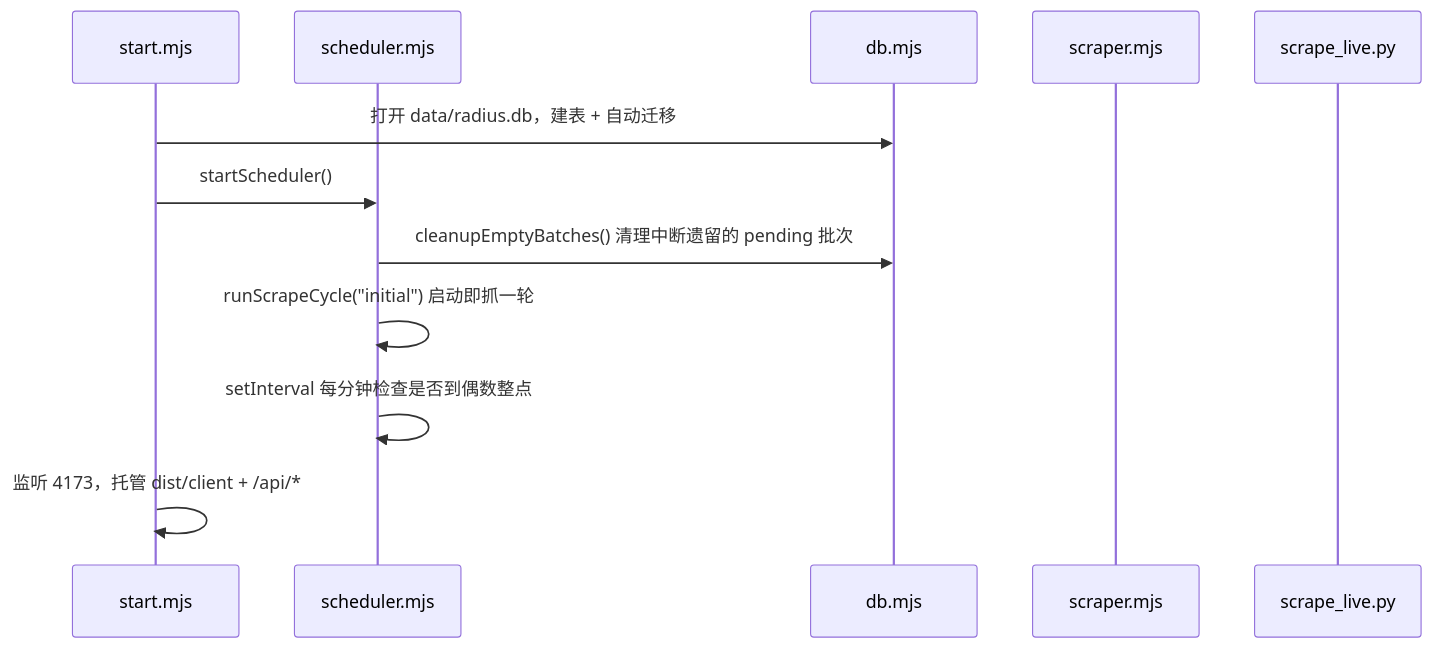
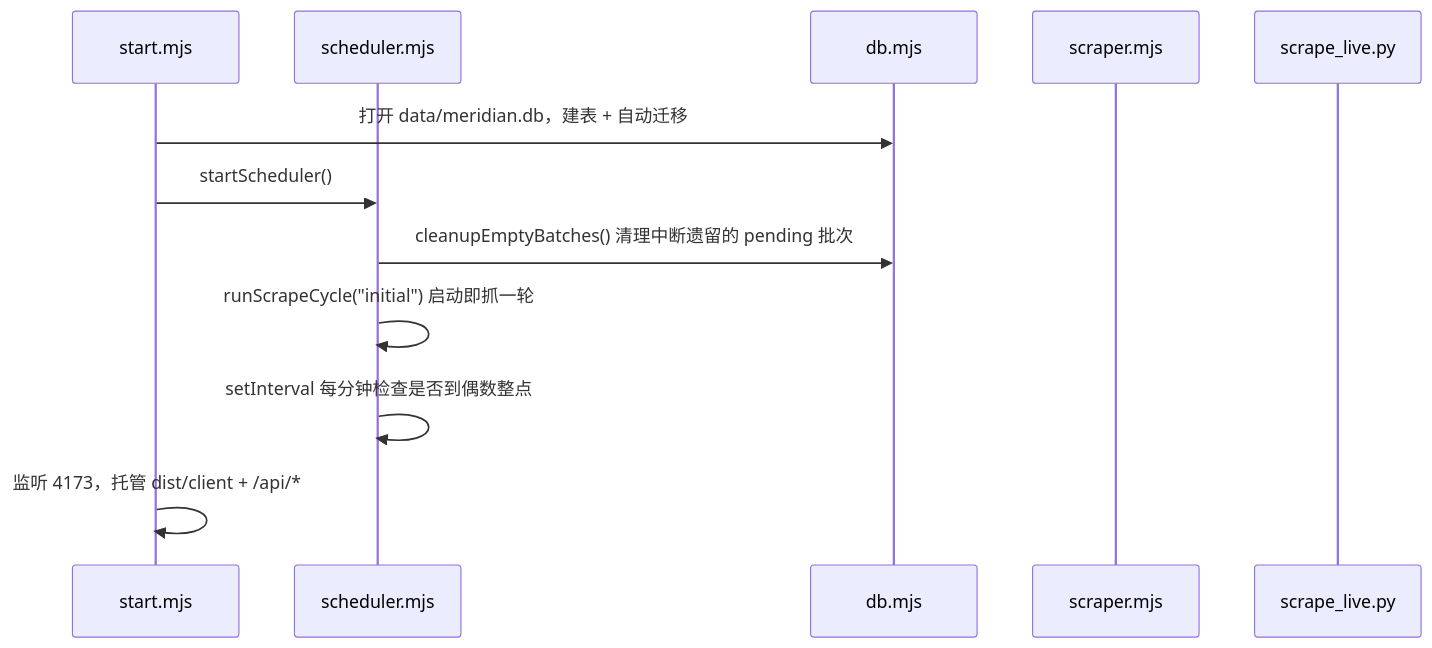
Before and after one commit to joesbell/meridian: the second of 5 diagrams in docs/ARCHITECTURE.md, drawn with Mermaid. The commit also changed other lines of this file and 22 other files, not shown here.

First line of the commit message:
refactor:项目代号 radius 全面更名 meridian，重写 README

````diff
--- a/docs/ARCHITECTURE.md
+++ b/docs/ARCHITECTURE.md
@@ -90,15 +90,15 @@
 ```mermaid
 sequenceDiagram
     participant S as start.mjs
     participant SCH as scheduler.mjs
     participant DB as db.mjs
     participant SC as scraper.mjs
     participant PY as scrape_live.py
 
-    S->>DB: 打开 data/radius.db，建表 + 自动迁移
+    S->>DB: 打开 data/meridian.db，建表 + 自动迁移
     S->>SCH: startScheduler()
     SCH->>DB: cleanupEmptyBatches() 清理中断遗留的 pending 批次
     SCH->>SCH: runScrapeCycle("initial") 启动即抓一轮
     SCH->>SCH: setInterval 每分钟检查是否到偶数整点
     S->>S: 监听 4173，托管 dist/client + /api/*
 ```
````
